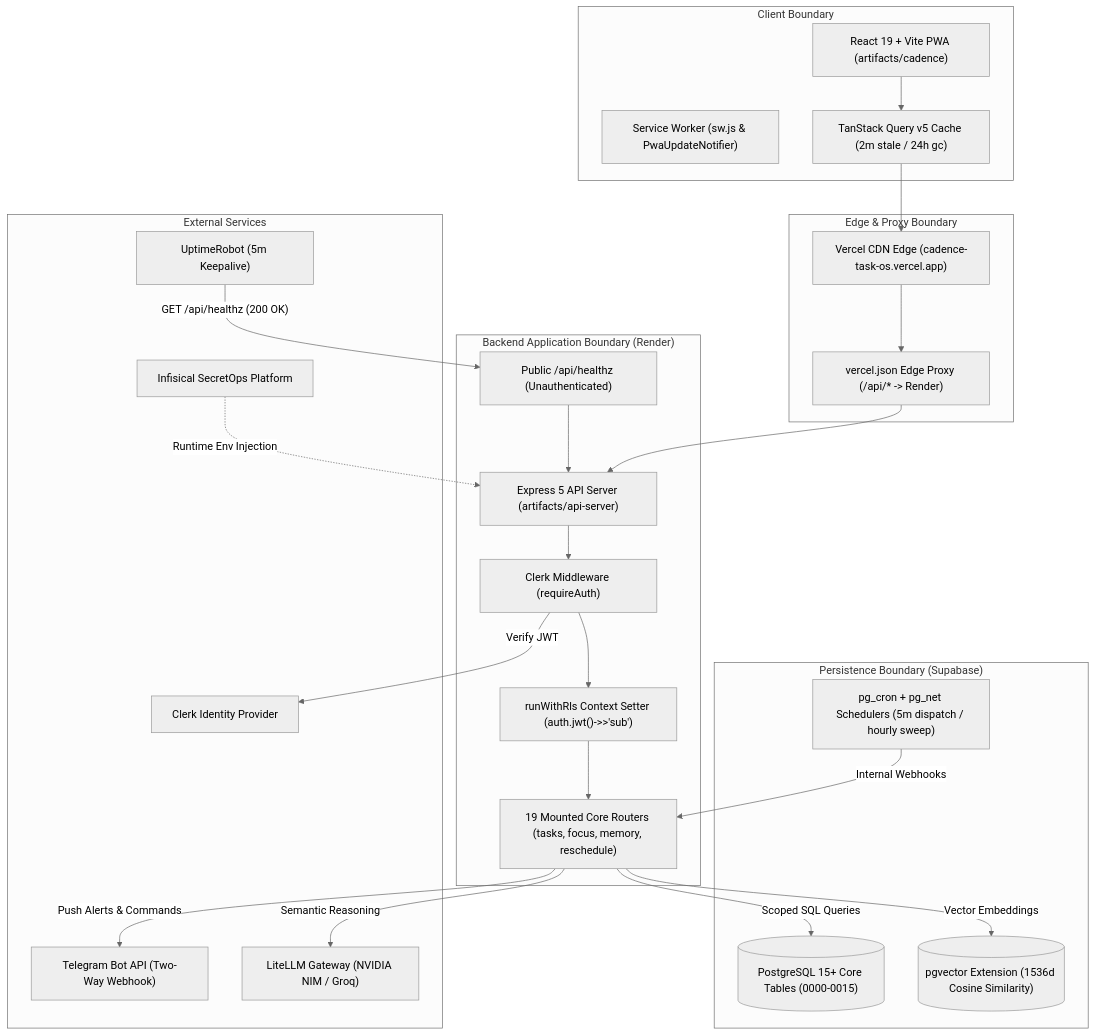
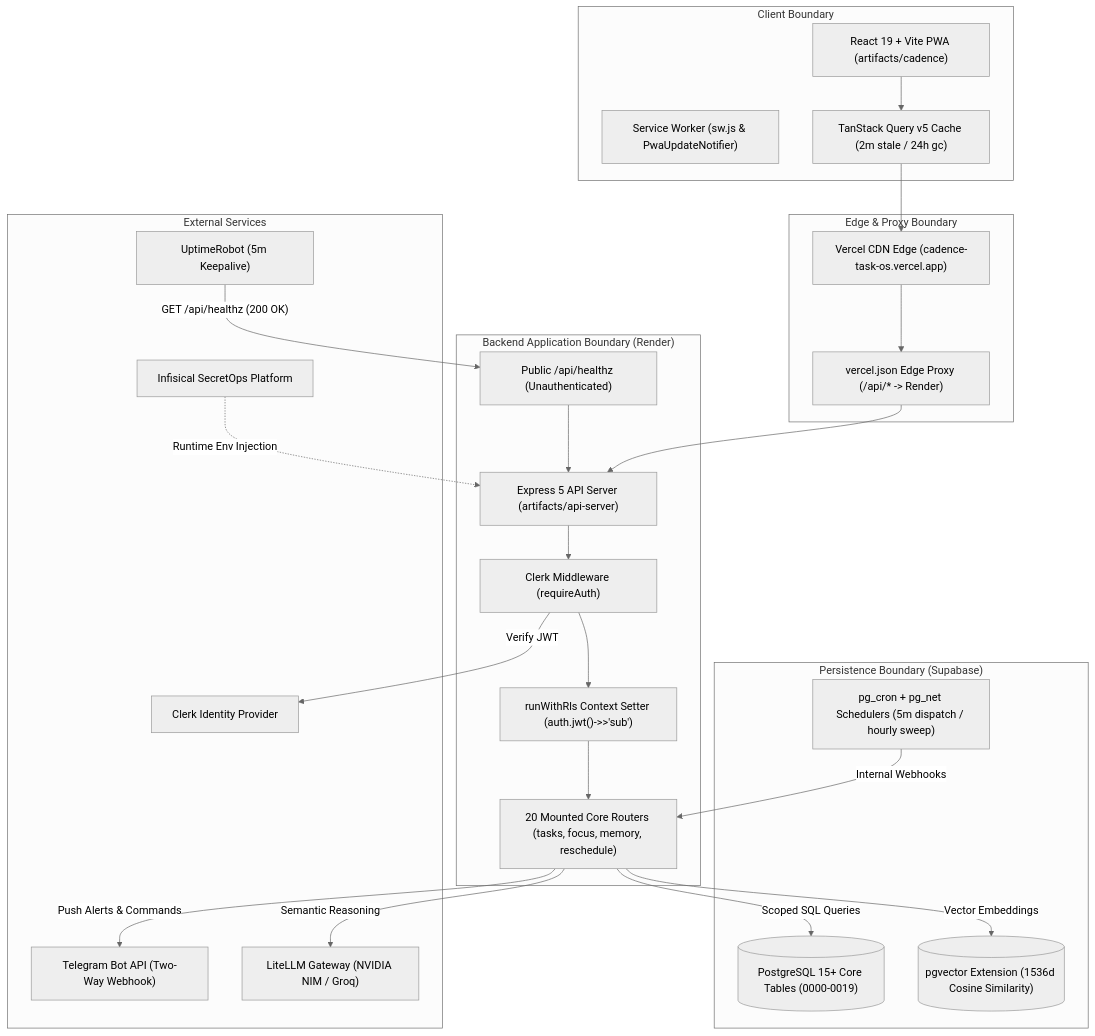
Before and after one commit to Driftloom/TaskOS: the first of 3 diagrams in docs/architecture/current-state.md, drawn with Mermaid (neutral theme). The commit also changed other lines of this file and 18 other files, not shown here.

````diff
--- a/docs/architecture/current-state.md
+++ b/docs/architecture/current-state.md
@@ -19,55 +19,55 @@
 ```mermaid
 flowchart TD
     subgraph ClientBoundary ["Client Boundary"]
         PWA["React 19 + Vite PWA (artifacts/cadence)"]
         SW["Service Worker (sw.js & PwaUpdateNotifier)"]
         QueryCache["TanStack Query v5 Cache (2m stale / 24h gc)"]
     end
 
     subgraph EdgeBoundary ["Edge & Proxy Boundary"]
         VercelEdge["Vercel CDN Edge (cadence-task-os.vercel.app)"]
         VercelRewrite["vercel.json Edge Proxy (/api/* -> Render)"]
     end
 
     subgraph BackendBoundary ["Backend Application Boundary (Render)"]
         ExpressApp["Express 5 API Server (artifacts/api-server)"]
         HealthzProbe["Public /api/healthz (Unauthenticated)"]
         ClerkAuthGuard["Clerk Middleware (requireAuth)"]
         RLSContext["runWithRls Context Setter (auth.jwt()->>'sub')"]
-        Routers["19 Mounted Core Routers (tasks, focus, memory, reschedule)"]
+        Routers["20 Mounted Core Routers (tasks, focus, memory, reschedule)"]
     end
 
     subgraph DataBoundary ["Persistence Boundary (Supabase)"]
-        PostgresCore[("PostgreSQL 15+ Core Tables (0000-0015)")]
+        PostgresCore[("PostgreSQL 15+ Core Tables (0000-0019)")]
         PgVectorExt[("pgvector Extension (1536d Cosine Similarity)")]
         PgCronExt["pg_cron + pg_net Schedulers (5m dispatch / hourly sweep)"]
     end
 
     subgraph ExternalServices ["External Services"]
         ClerkAuth["Clerk Identity Provider"]
         TelegramAPI["Telegram Bot API (Two-Way Webhook)"]
         LiteLLM["LiteLLM Gateway (NVIDIA NIM / Groq)"]
         InfisicalVault["Infisical SecretOps Platform"]
         UptimeRobot["UptimeRobot (5m Keepalive)"]
     end
 
     PWA --> QueryCache
     QueryCache --> VercelEdge
     VercelEdge --> VercelRewrite
     VercelRewrite --> ExpressApp
     
     UptimeRobot -->|"GET /api/healthz (200 OK)"| HealthzProbe
     HealthzProbe --> ExpressApp
     ExpressApp --> ClerkAuthGuard
     ClerkAuthGuard -->|"Verify JWT"| ClerkAuth
     ClerkAuthGuard --> RLSContext
     RLSContext --> Routers
     
     Routers -->|"Scoped SQL Queries"| PostgresCore
     Routers -->|"Vector Embeddings"| PgVectorExt
     PgCronExt -->|"Internal Webhooks"| Routers
     
     Routers -->|"Push Alerts & Commands"| TelegramAPI
     Routers -->|"Semantic Reasoning"| LiteLLM
     InfisicalVault -.->|"Runtime Env Injection"| ExpressApp
 ```
````
